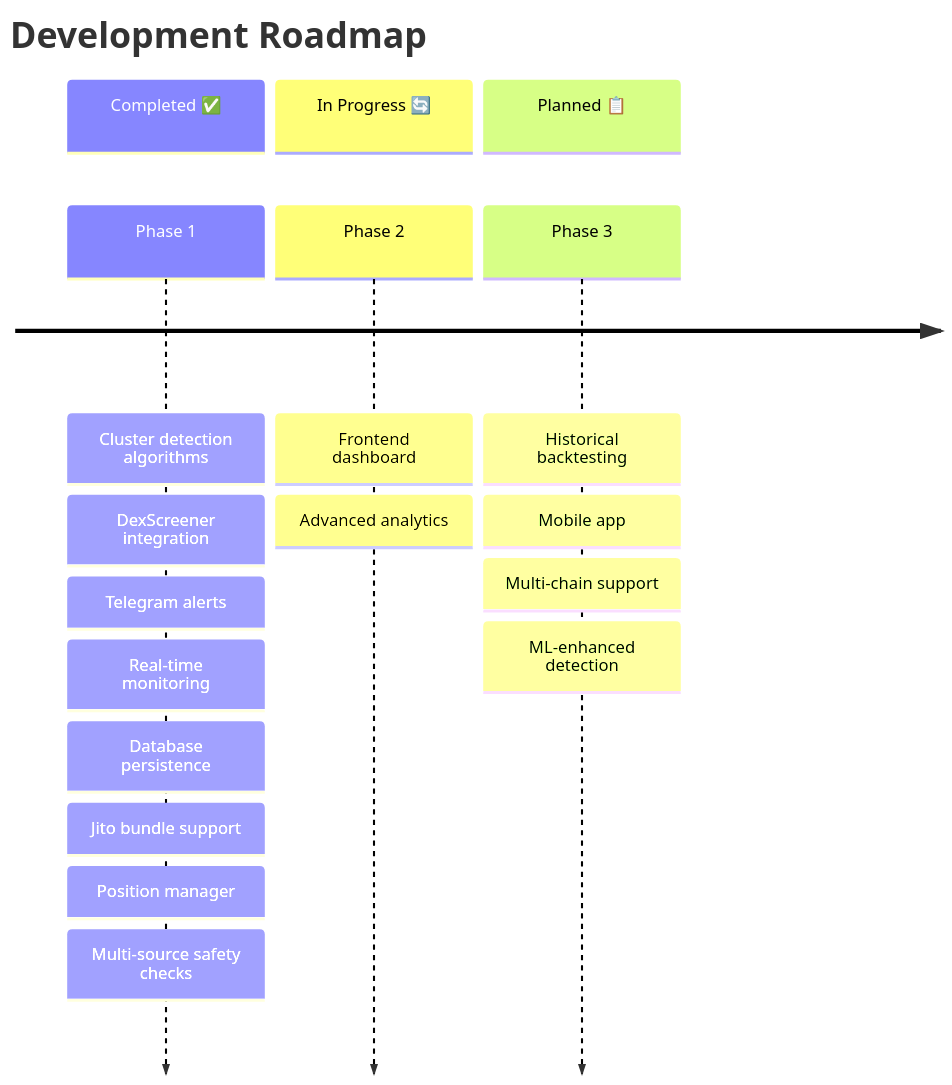
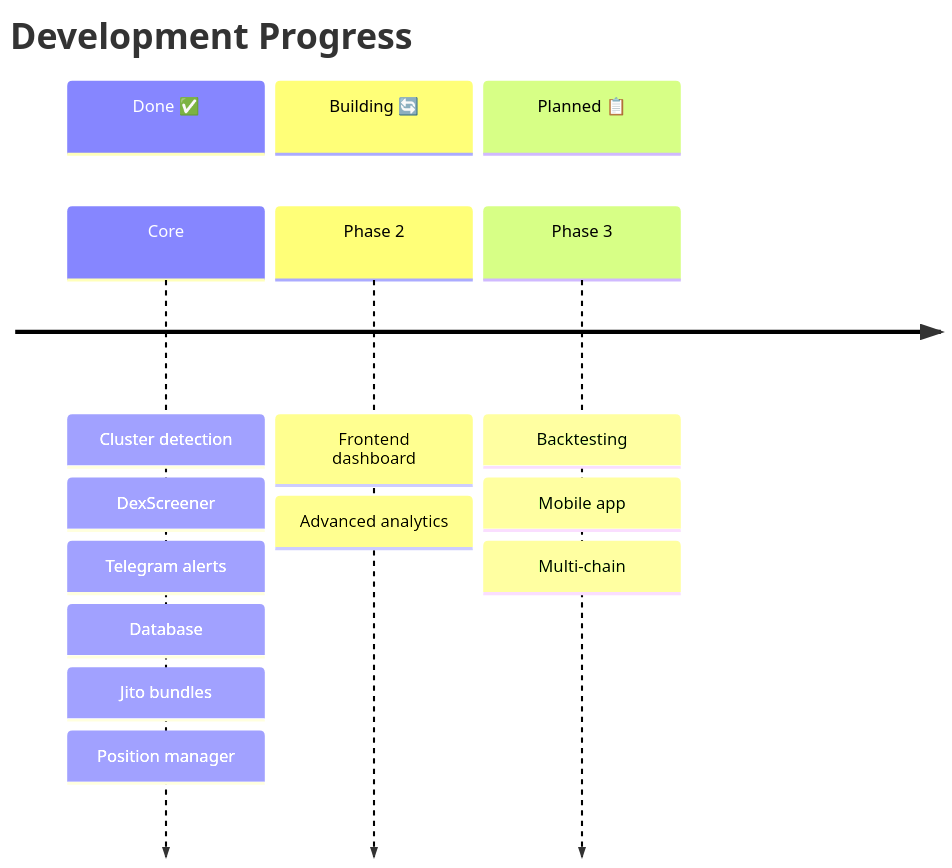
Diagram 14 of 15 in README.md (blablablasealsaresoft/pumpfun-intelligence), drawn with Mermaid before and after one commit. The commit also changed other lines of this file, not shown here.

````diff
--- a/README.md
+++ b/README.md
@@ -937,24 +738,21 @@
 ```mermaid
 timeline
-    title Development Roadmap
+    title Development Progress
     
-    section Completed ✅
-        Phase 1 : Cluster detection algorithms
-                : DexScreener integration
-                : Telegram alerts
-                : Real-time monitoring
-                : Database persistence
-                : Jito bundle support
-                : Position manager
-                : Multi-source safety checks
+    section Done ✅
+        Core : Cluster detection
+             : DexScreener
+             : Telegram alerts
+             : Database
+             : Jito bundles
+             : Position manager
     
-    section In Progress 🔄
+    section Building 🔄
         Phase 2 : Frontend dashboard
                 : Advanced analytics
     
     section Planned 📋
-        Phase 3 : Historical backtesting
+        Phase 3 : Backtesting
                 : Mobile app
-                : Multi-chain support
-                : ML-enhanced detection
+                : Multi-chain
 ```
````
